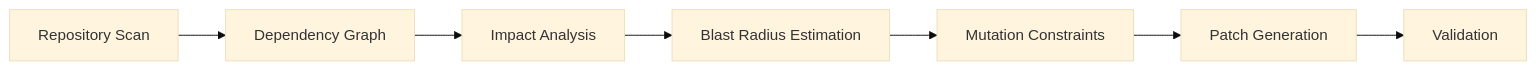
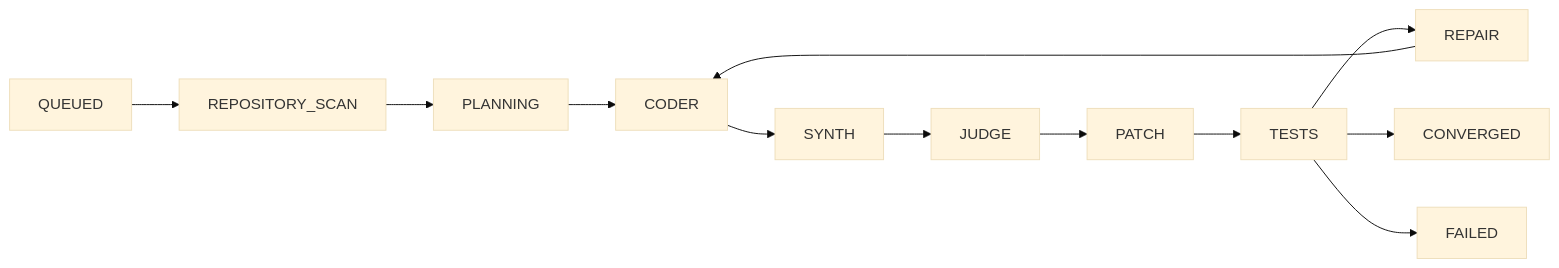
One commit to ratishoberoi/forge changed diagram 17 of 18 in README.md. Above: the diagram before and after it, drawn with Mermaid (base theme). The commit also changed other lines of this file, not shown here.

````diff
--- a/README.md
+++ b/README.md
@@ -169,16 +662,14 @@
 ```mermaid
 graph LR
-
-A[Repository Scan]
---> B[Dependency Graph]
-
-B --> C[Impact Analysis]
-
-C --> D[Blast Radius Estimation]
-
-D --> E[Mutation Constraints]
-
-E --> F[Patch Generation]
-
-F --> G[Validation]
+    A[QUEUED] --> B[REPOSITORY_SCAN]
+    B --> C[PLANNING]
+    C --> D[CODER]
+    D --> E[SYNTH]
+    E --> F[JUDGE]
+    F --> G[PATCH]
+    G --> H[TESTS]
+    H --> I[REPAIR]
+    I --> D
+    H --> J[CONVERGED]
+    H --> K[FAILED]
 ```
````
